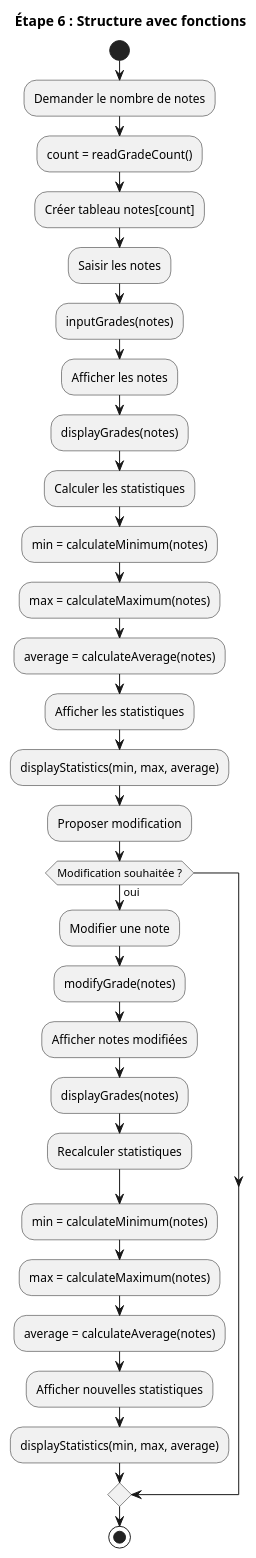
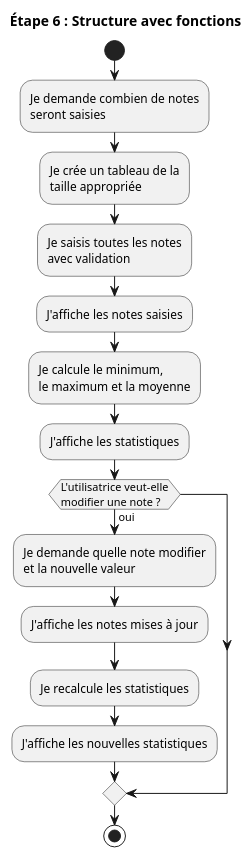
The diagram in 09.01-methodologies-de-resolution-de-problemes/01-supports-de-cours/images/etape-06-activite-refactoring.plantuml (HEIG-VD-Prog-Course/HEIG-VD-ProgIM-Course), drawn with PlantUML before and after one commit. The commit also changed 3 other files, not shown here.

Commit message:
Refactor UML diagrams and accompanying PlantUML code for average and refactoring activities to enhance clarity and readability.

```diff
--- a/09.01-methodologies-de-resolution-de-problemes/01-supports-de-cours/images/etape-06-activite-refactoring.plantuml
+++ b/09.01-methodologies-de-resolution-de-problemes/01-supports-de-cours/images/etape-06-activite-refactoring.plantuml
@@ -1,45 +1,37 @@
 @startuml etape-06-activite-refactoring
 
 title Étape 6 : Structure avec fonctions
 
 start
 
-:Demander le nombre de notes;
-:count = readGradeCount();
+:Je demande combien de notes
+seront saisies;
 
-:Créer tableau notes[count];
+:Je crée un tableau de la
+taille appropriée;
 
-:Saisir les notes;
-:inputGrades(notes);
+:Je saisis toutes les notes
+avec validation;
 
-:Afficher les notes;
-:displayGrades(notes);
+:J'affiche les notes saisies;
 
-:Calculer les statistiques;
-:min = calculateMinimum(notes);
-:max = calculateMaximum(notes);
-:average = calculateAverage(notes);
+:Je calcule le minimum,
+le maximum et la moyenne;
 
-:Afficher les statistiques;
-:displayStatistics(min, max, average);
+:J'affiche les statistiques;
 
-:Proposer modification;
-if (Modification souhaitée ?) then (oui)
-  :Modifier une note;
-  :modifyGrade(notes);
+if (L'utilisatrice veut-elle
+modifier une note ?) then (oui)
+  :Je demande quelle note modifier
+  et la nouvelle valeur;
   
-  :Afficher notes modifiées;
-  :displayGrades(notes);
+  :J'affiche les notes mises à jour;
   
-  :Recalculer statistiques;
-  :min = calculateMinimum(notes);
-  :max = calculateMaximum(notes);
-  :average = calculateAverage(notes);
+  :Je recalcule les statistiques;
   
-  :Afficher nouvelles statistiques;
-  :displayStatistics(min, max, average);
+  :J'affiche les nouvelles statistiques;
 endif
 
 stop
 
 @enduml
```
